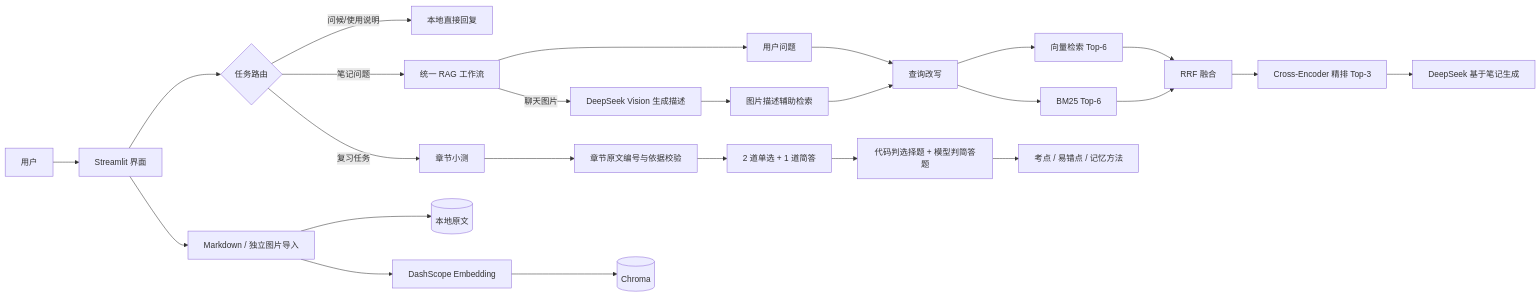
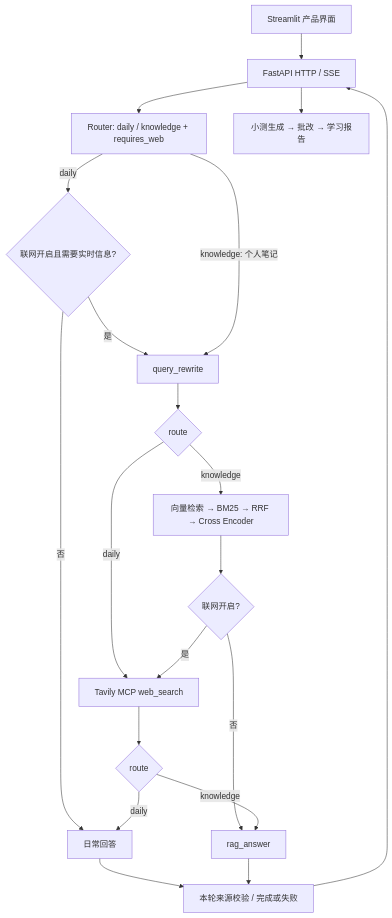
The first of 3 diagrams in README.md (yuyuyuoo55/Personal_Notes_Review_Assistant), drawn with Mermaid before and after one commit. The commit also changed other lines of this file and 2 other files, not shown here.

````diff
--- a/README.md
+++ b/README.md
@@ -99,30 +39,22 @@
 ```mermaid
-flowchart LR
-    U[用户] --> UI[Streamlit 界面]
-    UI --> ROUTER{任务路由}
-    ROUTER -->|问候/使用说明| BASIC[本地直接回复]
-    ROUTER -->|笔记问题| RAG[统一 RAG 工作流]
-    ROUTER -->|复习任务| QUIZ[章节小测]
-
-    UI --> INGEST[Markdown / 独立图片导入]
-    INGEST --> FILES[(本地原文)]
-    INGEST --> EMB[DashScope Embedding]
-    EMB --> CHROMA[(Chroma)]
-
-    RAG --> QUESTION[用户问题]
-    RAG -->|聊天图片| VISION[DeepSeek Vision 生成描述]
-    VISION --> HINT[图片描述辅助检索]
-    HINT --> REWRITE[查询改写]
-    QUESTION --> REWRITE
-    REWRITE --> DENSE[向量检索 Top-6]
-    REWRITE --> BM25[BM25 Top-6]
-    DENSE --> RRF[RRF 融合]
-    BM25 --> RRF
-    RRF --> RERANK[Cross-Encoder 精排 Top-3]
-
-    RERANK --> LLM[DeepSeek 基于笔记生成]
-    QUIZ --> EVIDENCE[章节原文编号与依据校验]
-    EVIDENCE --> QGEN[2 道单选 + 1 道简答]
-    QGEN --> SCORE[代码判选择题 + 模型判简答题]
-    SCORE --> REVIEW[考点 / 易错点 / 记忆方法]
+flowchart TD
+    UI[Streamlit 产品界面] --> API[FastAPI HTTP / SSE]
+    API --> R[Router: daily / knowledge + requires_web]
+    R -->|daily| D{联网开启且需要实时信息?}
+    D -->|否| DA[日常回答]
+    D -->|是| Q[query_rewrite]
+    R -->|knowledge: 个人笔记| Q
+    Q --> B{route}
+    B -->|knowledge| V[向量检索 → BM25 → RRF → Cross Encoder]
+    B -->|daily| W[Tavily MCP web_search]
+    V --> E{联网开启?}
+    E -->|是| W
+    E -->|否| RA[rag_answer]
+    W --> T{route}
+    T -->|daily| DA
+    T -->|knowledge| RA
+    DA --> C[本轮来源校验 / 完成或失败]
+    RA --> C
+    C --> API
+    API --> QS[小测生成 → 批改 → 学习报告]
 ```
````
